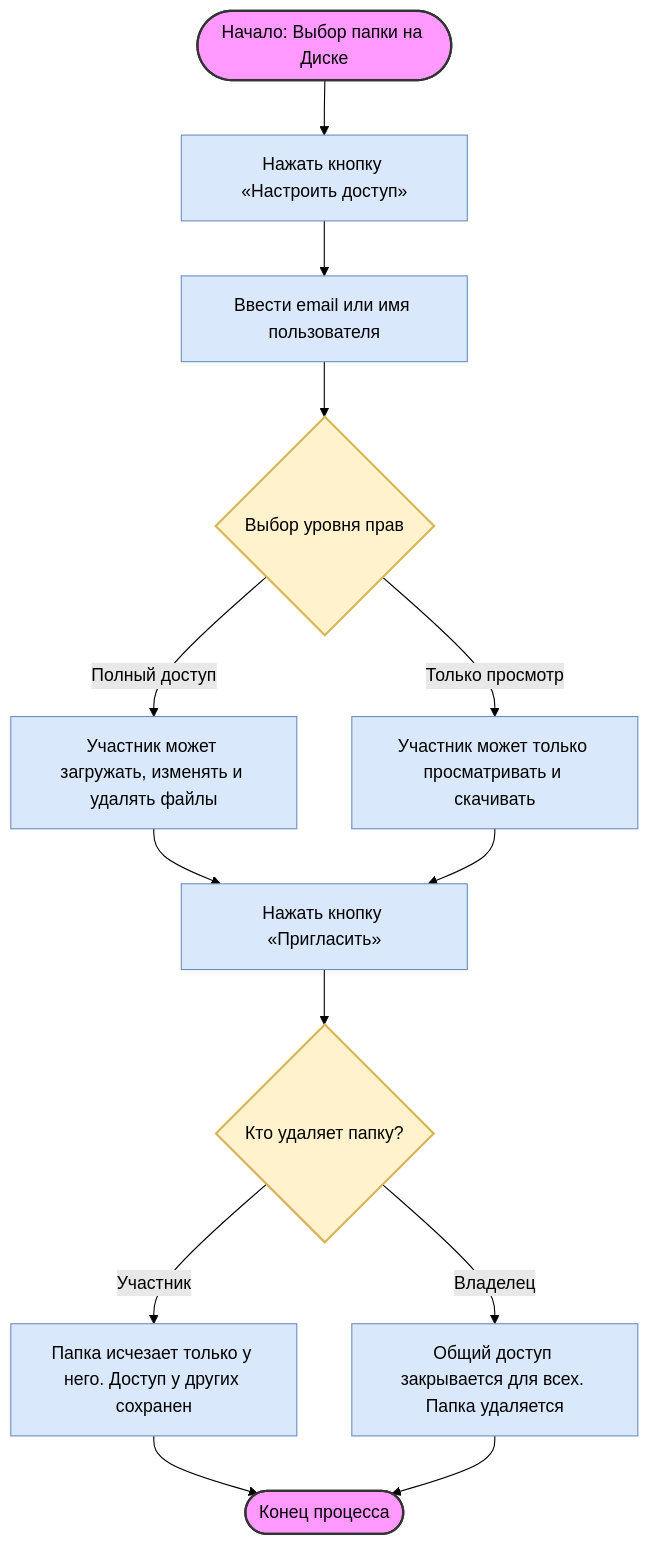
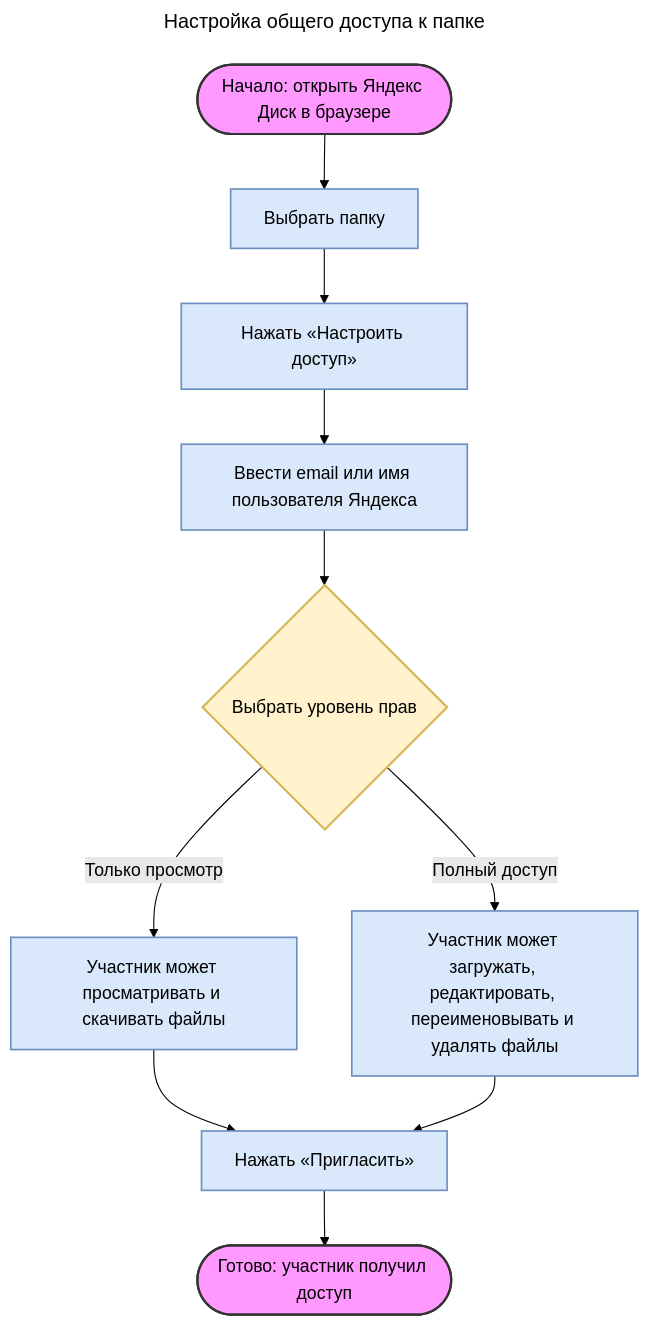
The first of 2 diagrams in README.md (Puzz1eAssemb1er/vscode_docs_project), drawn with Mermaid (forest theme) before and after one commit. The commit also changed other lines of this file, not shown here.

Commit message:
Переписал README: рабочие схемы Mermaid, чистка FAQ

````diff
--- a/README.md
+++ b/README.md
@@ -146,31 +139,25 @@
 ```mermaid
+---
+title: Настройка общего доступа к папке
+---
 graph TD
-    A([Начало: Выбор папки на Диске]) --> B[Нажать кнопку «Настроить доступ»]
-    B --> C[Ввести email или имя пользователя]
-    C --> D{Выбор уровня прав}
-    
-    %% Разветвление логики (уровень прав)
-    D -- Полный доступ --> E[Участник может загружать, изменять и удалять файлы]
-    D -- Только просмотр --> F[Участник может только просматривать и скачивать]
-    
-    E --> G[Нажать кнопку «Пригласить»]
-    F --> G
-    
-    G --> H{Кто удаляет папку?}
-    
-    %% Разветвление логики при удалении
-    H -- Участник --> I[Папка исчезает только у него. Доступ у других сохранен]
-    H -- Владелец --> J[Общий доступ закрывается для всех. Папка удаляется]
-    
-    I --> K([Конец процесса])
-    J --> K
+    A([Начало: открыть Яндекс Диск в браузере]) --> B[Выбрать папку]
+    B --> C[Нажать «Настроить доступ»]
+    C --> D[Ввести email или имя пользователя Яндекса]
+    D --> E{Выбрать уровень прав}
 
-    %% Стилизация схемы
-    classDef startEnd fill:#f9f,stroke:#333,stroke-width:2px;
-    classDef condition fill:#fff2cc,stroke:#d6b656,stroke-width:2px;
-    classDef action fill:#dae8fc,stroke:#6c8ebf,stroke-width:1px;
-    
-    class A,K startEnd;
-    class D,H condition;
-    class B,C,E,F,G,I,J action;
+    E -- Только просмотр --> F[Участник может просматривать и скачивать файлы]
+    E -- Полный доступ --> G[Участник может загружать, редактировать, переименовывать и удалять файлы]
+
+    F --> H[Нажать «Пригласить»]
+    G --> H
+    H --> I([Готово: участник получил доступ])
+
+    classDef startEnd fill:#f9f,stroke:#333,stroke-width:2px,color:#000;
+    classDef condition fill:#fff2cc,stroke:#d6b656,stroke-width:2px,color:#000;
+    classDef action fill:#dae8fc,stroke:#6c8ebf,stroke-width:1.5px,color:#000;
+
+    class A,I startEnd;
+    class E condition;
+    class B,C,D,F,G,H action;
 ```
````
